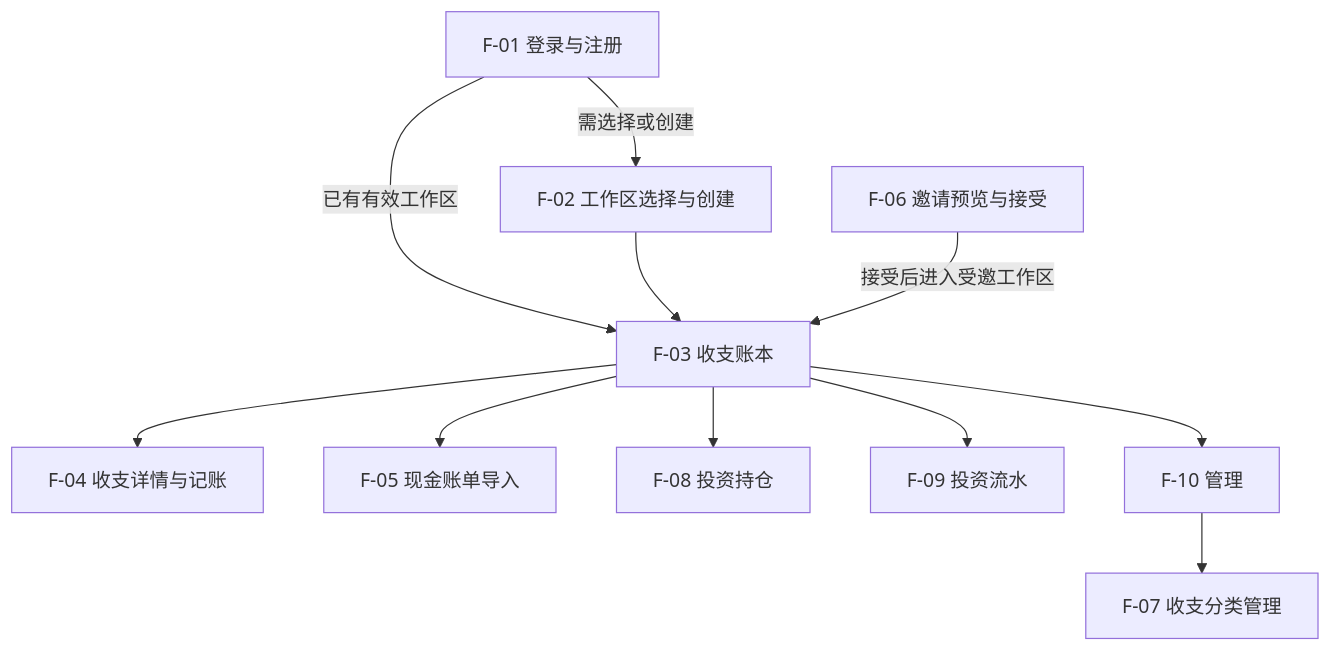
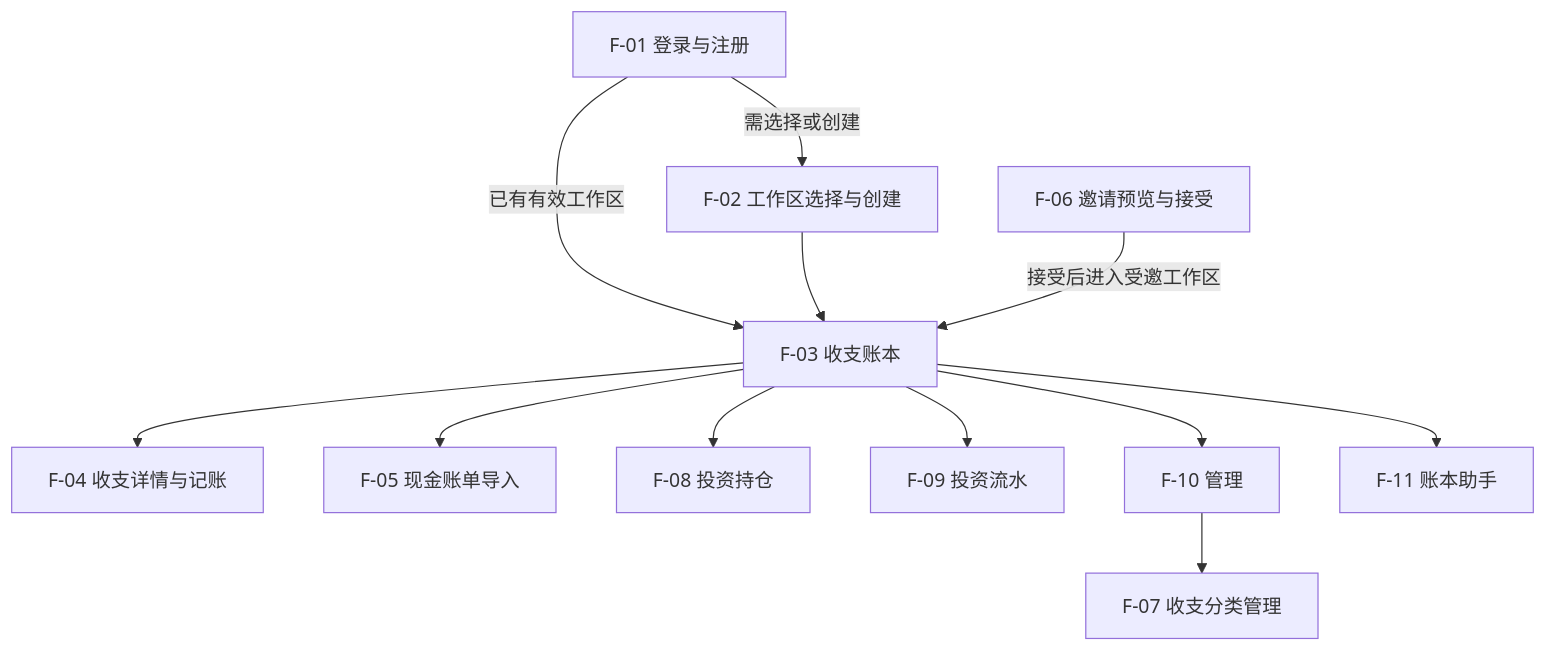
Before and after one commit to ssttkkl/finance-tracker: the diagram in docs/feature-map.md, drawn with Mermaid. The commit also changed other lines of this file and 55 other files, not shown here.

````diff
--- a/docs/feature-map.md
+++ b/docs/feature-map.md
@@ -23,13 +23,14 @@
 ```mermaid
 flowchart TD
     A[F-01 登录与注册] -->|需选择或创建| B[F-02 工作区选择与创建]
     A -->|已有有效工作区| C[F-03 收支账本]
     B --> C
     C --> D[F-04 收支详情与记账]
     C --> E[F-05 现金账单导入]
     C --> F[F-08 投资持仓]
     C --> G[F-09 投资流水]
     C --> H[F-10 管理]
+    C --> K[F-11 账本助手]
     H --> I[F-07 收支分类管理]
     J[F-06 邀请预览与接受] -->|接受后进入受邀工作区| C
 ```
````
